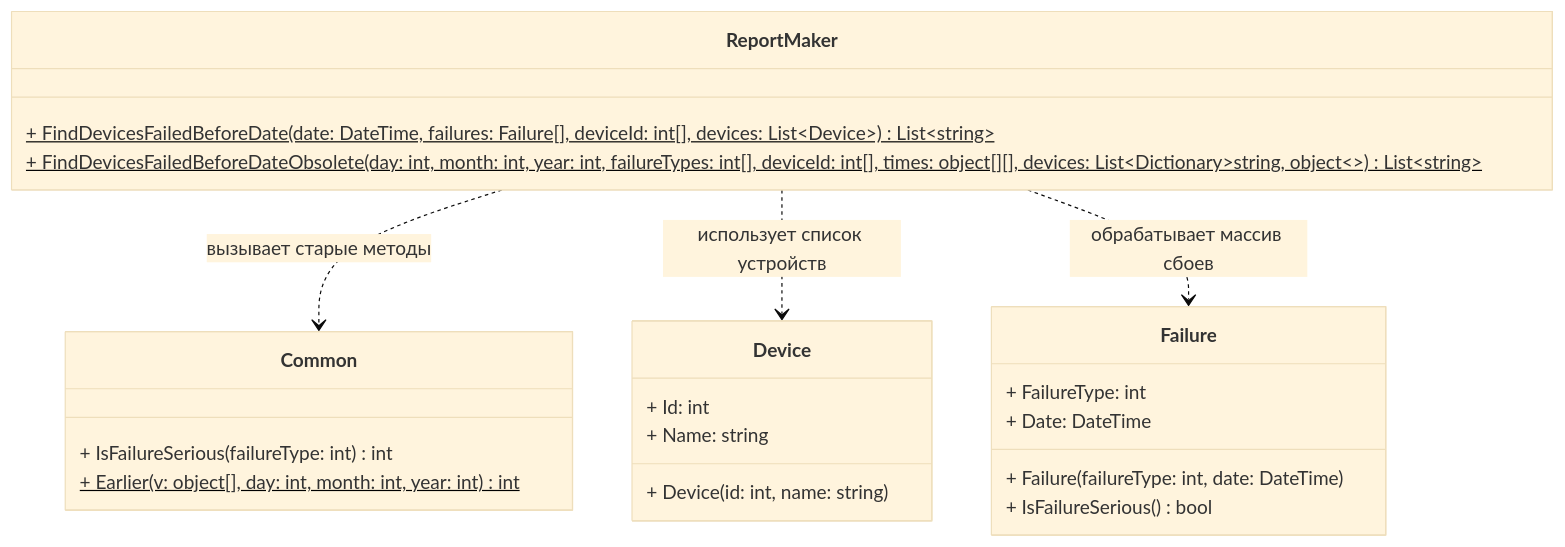
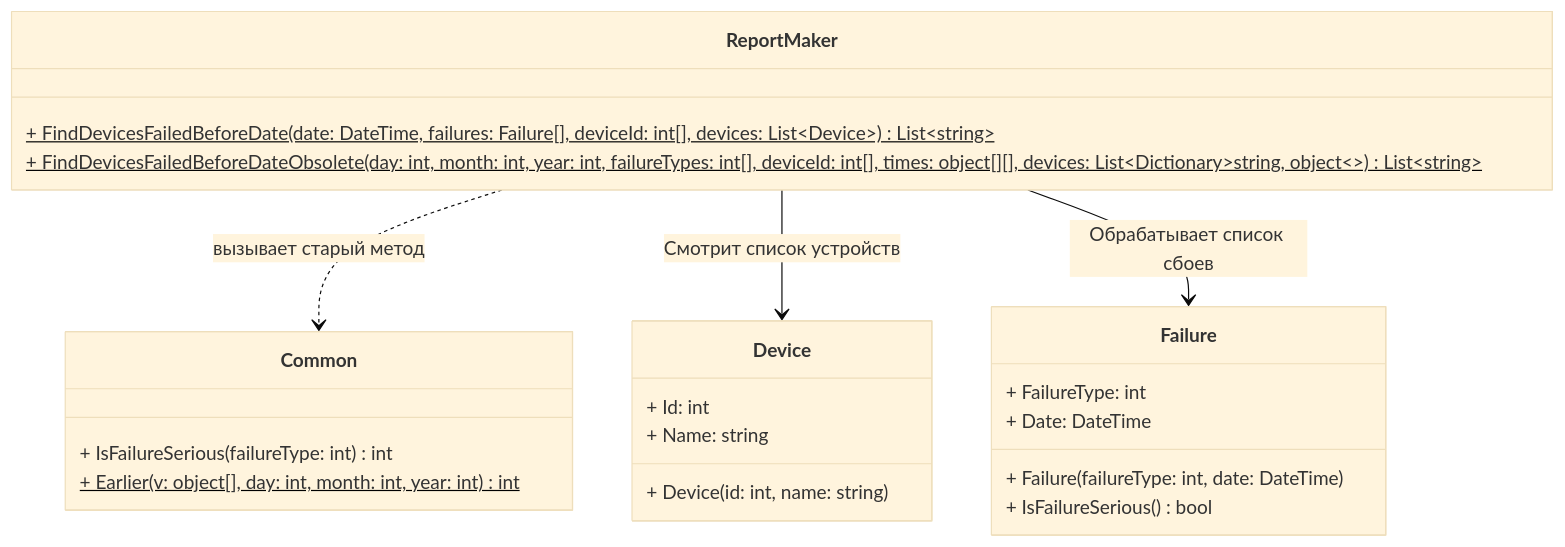
The diagram in sboi.md (Du2Vi-lab/Ulearn-Tasks), drawn with Mermaid (base theme) before and after one commit.

````diff
--- a/sboi.md
+++ b/sboi.md
@@ -8,30 +8,30 @@
 ```mermaid
 classDiagram
     class Common {
         + IsFailureSerious(failureType: int) int
         + Earlier(v: object[], day: int, month: int, year: int) int$
     }
 
     class Device {
         + Id: int
         + Name: string
         + Device(id: int, name: string)
     }
 
     class Failure {
         + FailureType: int
         + Date: DateTime
         + Failure(failureType: int, date: DateTime)
         + IsFailureSerious() bool
     }
 
     class ReportMaker {
         + FindDevicesFailedBeforeDate(date: DateTime, failures: Failure[], deviceId: int[], devices: List~Device~) List~string~$
         + FindDevicesFailedBeforeDateObsolete(day: int, month: int, year: int, failureTypes: int[], deviceId: int[], times: object[][], devices: List~Dictionary~string, object~~) List~string~$
     }
 
-    ReportMaker ..> Common : вызывает старые методы
-    ReportMaker ..> Device : использует список устройств
-    ReportMaker ..> Failure : обрабатывает массив сбоев
+    ReportMaker ..> Common : вызывает старый метод
+    ReportMaker --> Device : Смотрит список устройств
+    ReportMaker --> Failure : Обрабатывает список сбоев
     
 ```
````
